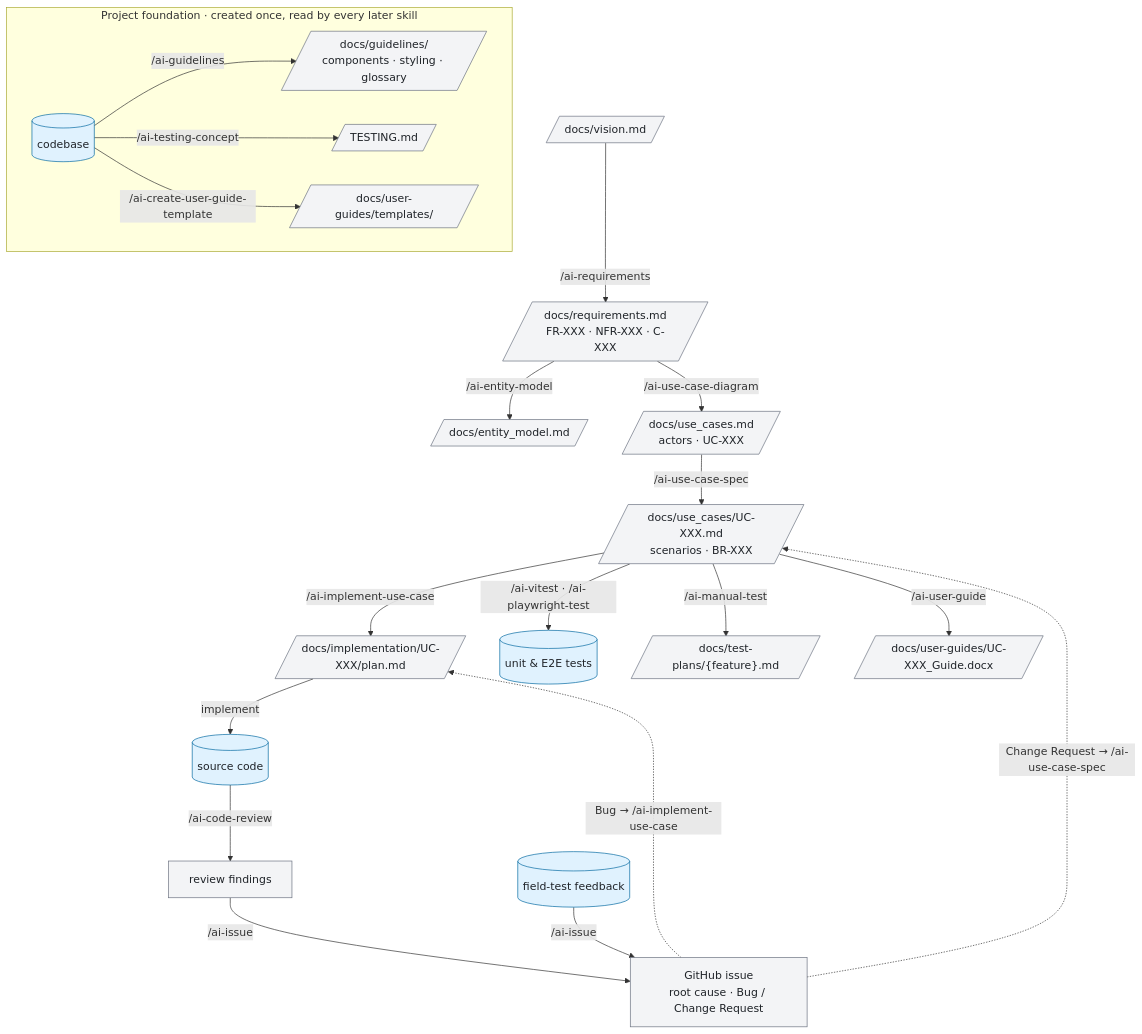
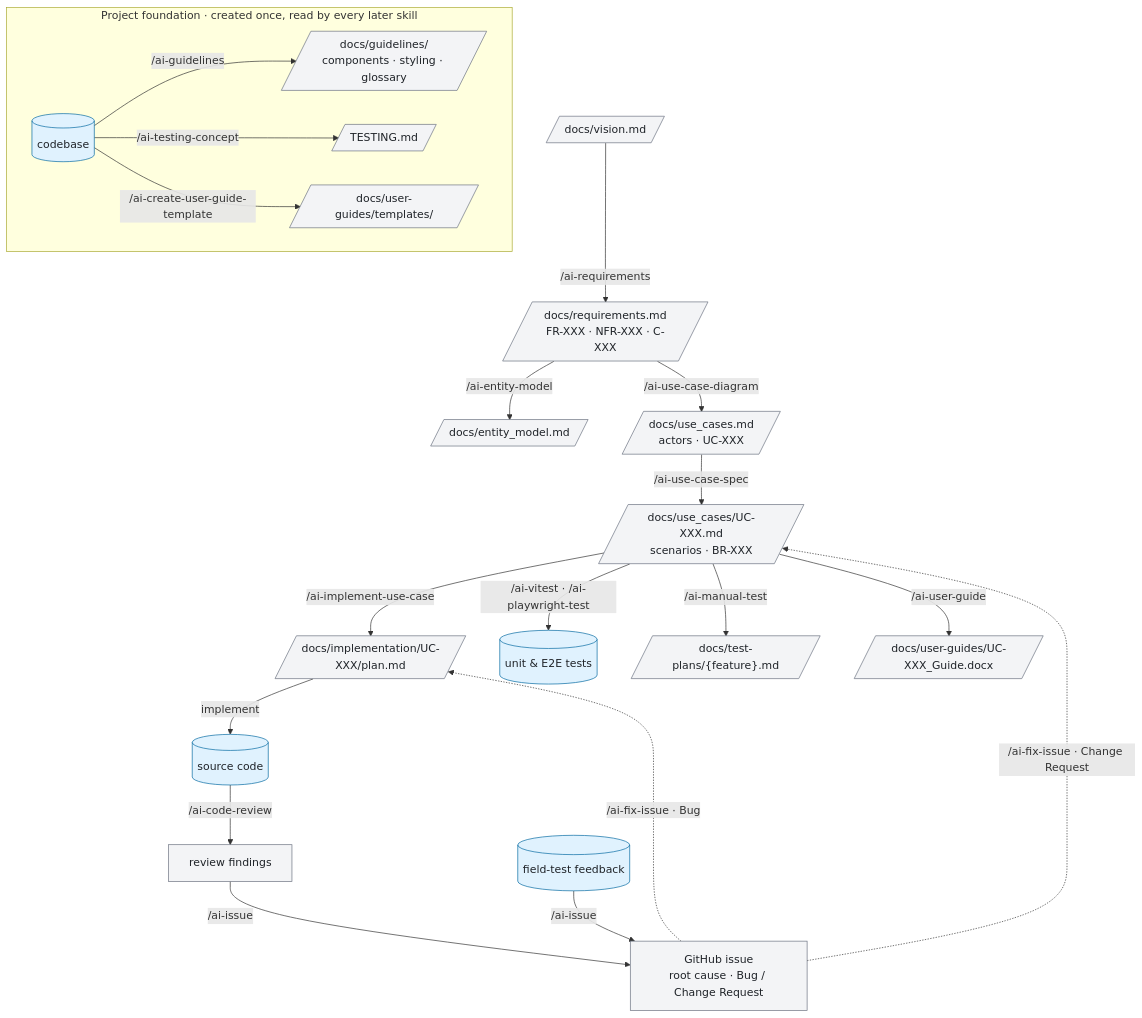
Before and after one commit to liitu-ch/liitu-ai-architect-marketplace: the second of 3 diagrams in README.md, drawn with Mermaid. The commit also changed other lines of this file and 4 other files, not shown here.

First line of the commit message:
feat(dev-tools): add fix-issue skill orchestrating spec, tests, seed data, fix and review

````diff
--- a/README.md
+++ b/README.md
@@ -99,47 +103,47 @@
 ```mermaid
 flowchart TB
     subgraph foundation["Project foundation · created once, read by every later skill"]
         direction LR
         codebase[("codebase")]
         gl[/"docs/guidelines/<br/>components · styling · glossary"/]
         tc[/"TESTING.md"/]
         ugt[/"docs/user-guides/templates/"/]
         codebase -- "/ai-guidelines" --> gl
         codebase -- "/ai-testing-concept" --> tc
         codebase -- "/ai-create-user-guide-template" --> ugt
     end
 
     vision[/"docs/vision.md"/]
     req[/"docs/requirements.md<br/>FR-XXX · NFR-XXX · C-XXX"/]
     em[/"docs/entity_model.md"/]
     ucd[/"docs/use_cases.md<br/>actors · UC-XXX"/]
     ucs[/"docs/use_cases/UC-XXX.md<br/>scenarios · BR-XXX"/]
     plan[/"docs/implementation/UC-XXX/plan.md"/]
     src[("source code")]
     tests[("unit & E2E tests")]
     mtp[/"docs/test-plans/{feature}.md"/]
     guide[/"docs/user-guides/UC-XXX_Guide.docx"/]
     findings["review findings"]
     field[("field-test feedback")]
     issue["GitHub issue<br/>root cause · Bug / Change Request"]
 
     vision -- "/ai-requirements" --> req
     req -- "/ai-entity-model" --> em
     req -- "/ai-use-case-diagram" --> ucd
     ucd -- "/ai-use-case-spec" --> ucs
     ucs -- "/ai-implement-use-case" --> plan
     plan -- "implement" --> src
     src -- "/ai-code-review" --> findings
     ucs -- "/ai-vitest · /ai-playwright-test" --> tests
     ucs -- "/ai-manual-test" --> mtp
     ucs -- "/ai-user-guide" --> guide
     findings -- "/ai-issue" --> issue
     field -- "/ai-issue" --> issue
-    issue -. "Change Request → /ai-use-case-spec" .-> ucs
-    issue -. "Bug → /ai-implement-use-case" .-> plan
+    issue -. "/ai-fix-issue · Change Request" .-> ucs
+    issue -. "/ai-fix-issue · Bug" .-> plan
 
     classDef artifact fill:#f3f4f6,stroke:#6b7280,color:#1f2328
     classDef store fill:#e0f2fe,stroke:#0369a1,color:#1f2328
     class vision,req,em,ucd,ucs,gl,tc,ugt,plan,mtp,guide,findings,issue artifact
     class codebase,src,tests,field store
 ```
````
